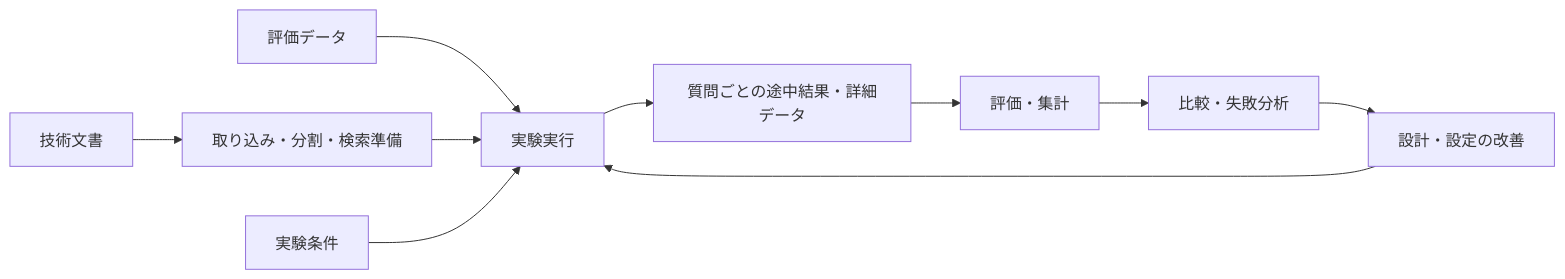
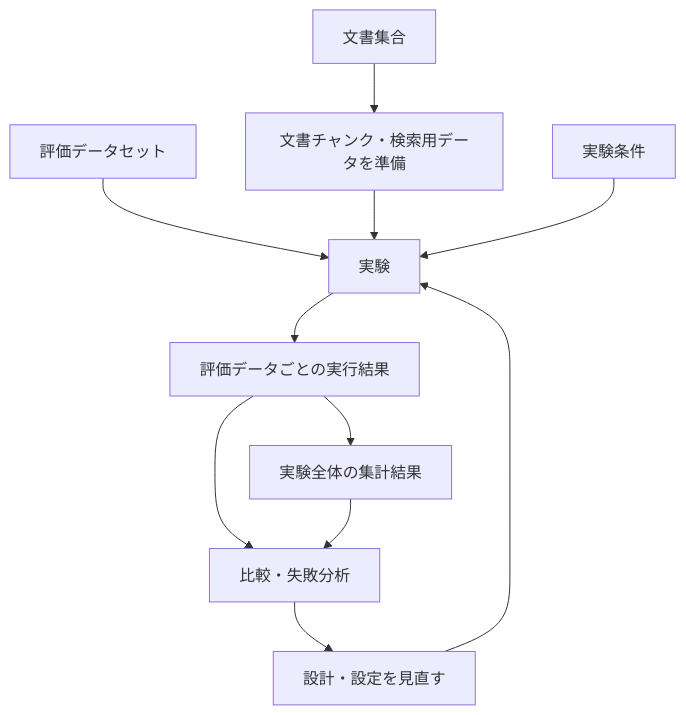
Before and after one commit to takashit16833/RAGScope: the diagram in project-docs/RAGScope概要.md, drawn with Mermaid. The commit also changed other lines of this file, not shown here.

````diff
--- a/project-docs/RAGScope概要.md
+++ b/project-docs/RAGScope概要.md
@@ -83,12 +80,13 @@
 ```mermaid
-flowchart LR
-    Documents["技術文書"] --> Prepare["取り込み・分割・検索準備"]
-    Dataset["評価データ"] --> Run["実験実行"]
-    Prepare --> Run
-    Config["実験条件"] --> Run
-    Run --> Raw["質問ごとの途中結果・詳細データ"]
-    Raw --> Evaluate["評価・集計"]
-    Evaluate --> Compare["比較・失敗分析"]
-    Compare --> Improve["設計・設定の改善"]
-    Improve --> Run
+flowchart TD
+    Documents["文書集合"] --> Prepare["文書チャンク・検索用データを準備"]
+    Dataset["評価データセット"] --> Experiment["実験"]
+    Prepare --> Experiment
+    Conditions["実験条件"] --> Experiment
+    Experiment --> PerData["評価データごとの実行結果"]
+    PerData --> Aggregate["実験全体の集計結果"]
+    PerData --> Compare["比較・失敗分析"]
+    Aggregate --> Compare
+    Compare --> Improve["設計・設定を見直す"]
+    Improve --> Experiment
 ```
````
